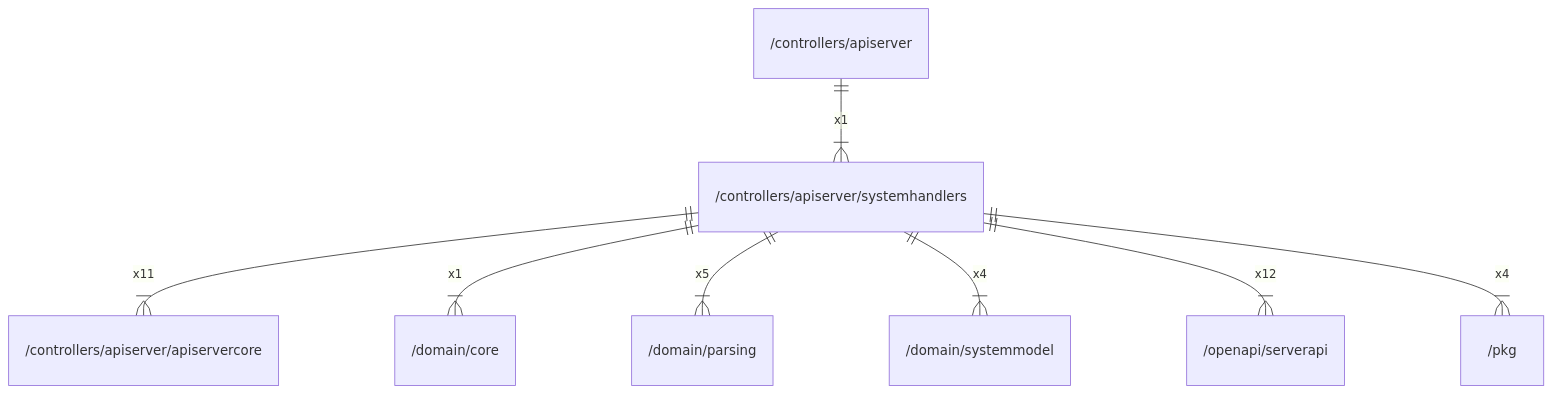
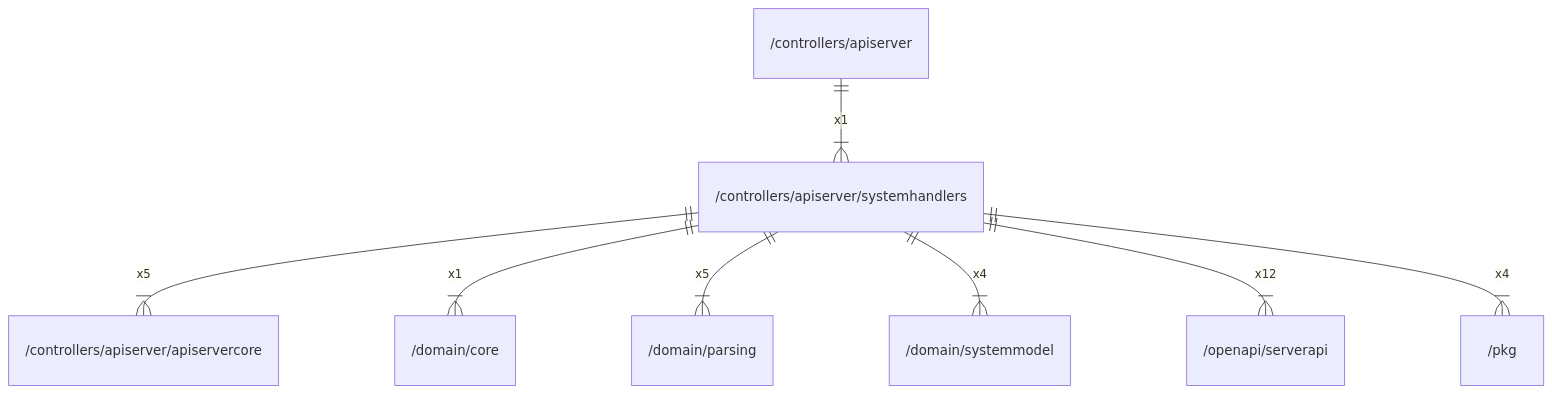
Before and after one commit to gbh007/hgraber-next: the diagram in docs/arch/controllers/apiserver/systemhandlers.md, drawn with Mermaid. The commit also changed other lines of this file and 98 other files, not shown here.

````diff
--- a/docs/arch/controllers/apiserver/systemhandlers.md
+++ b/docs/arch/controllers/apiserver/systemhandlers.md
@@ -29,10 +41,10 @@
 ```mermaid
 erDiagram
     "/controllers/apiserver" ||--|{ "/controllers/apiserver/systemhandlers" : x1
-    "/controllers/apiserver/systemhandlers" ||--|{ "/controllers/apiserver/apiservercore" : x11
+    "/controllers/apiserver/systemhandlers" ||--|{ "/controllers/apiserver/apiservercore" : x5
     "/controllers/apiserver/systemhandlers" ||--|{ "/domain/core" : x1
     "/controllers/apiserver/systemhandlers" ||--|{ "/domain/parsing" : x5
     "/controllers/apiserver/systemhandlers" ||--|{ "/domain/systemmodel" : x4
     "/controllers/apiserver/systemhandlers" ||--|{ "/openapi/serverapi" : x12
     "/controllers/apiserver/systemhandlers" ||--|{ "/pkg" : x4
 ```
````
